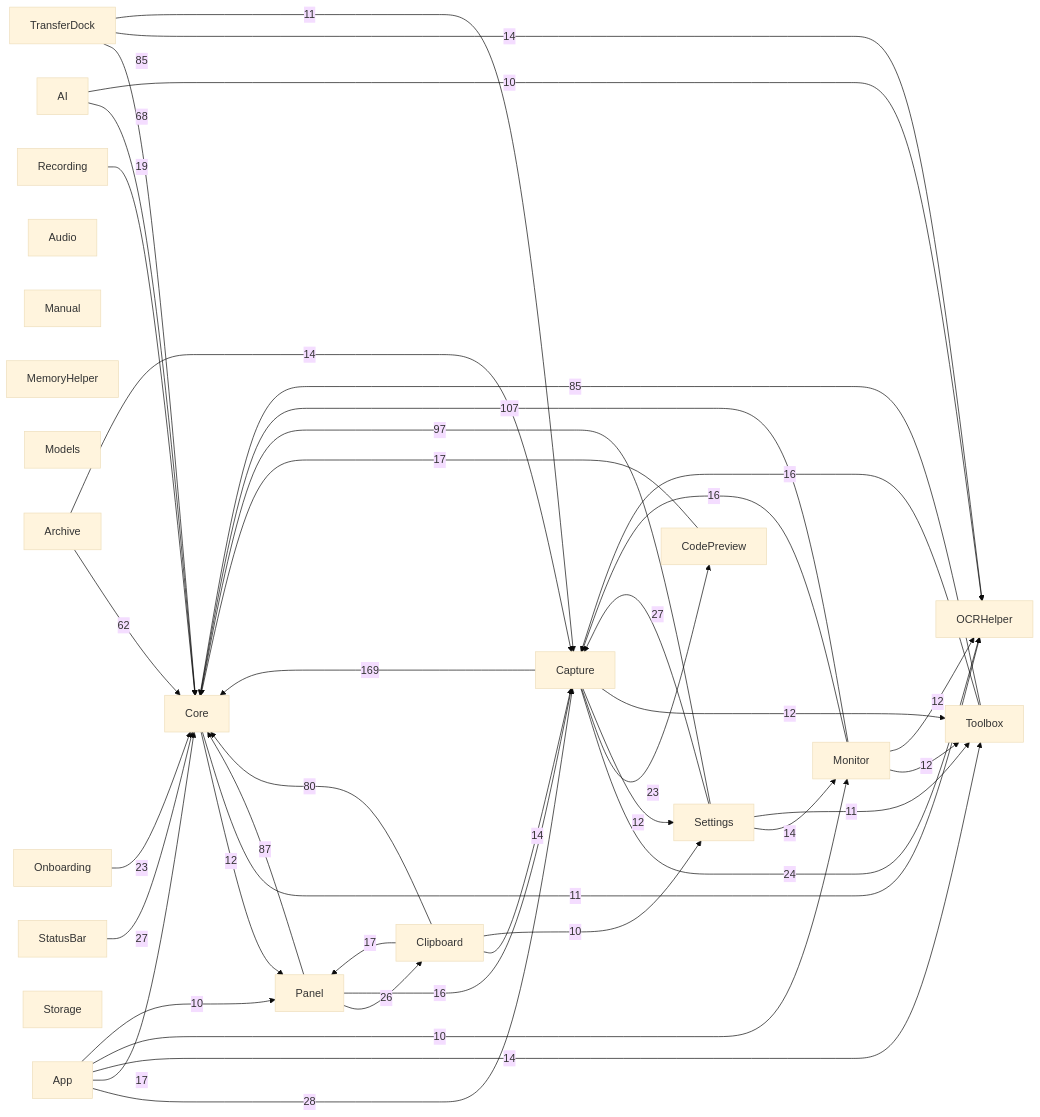
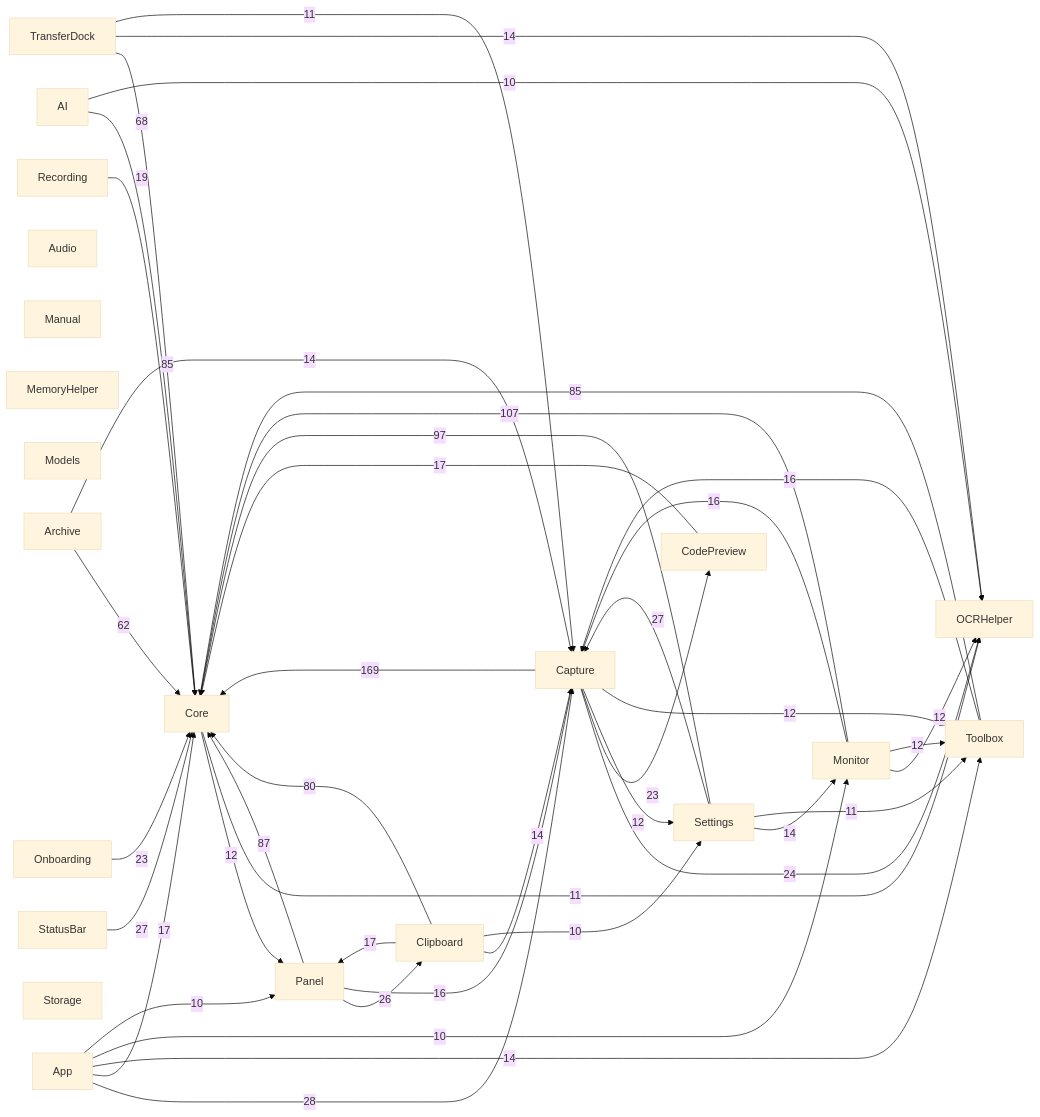
One commit to sxyq/Kitnest changed the diagram in docs/00-总览/模块依赖图.md. Above: the diagram before and after it, drawn with Mermaid (base theme). The commit also changed other lines of this file and 6 other files, not shown here.

````diff
--- a/docs/00-总览/模块依赖图.md
+++ b/docs/00-总览/模块依赖图.md
@@ -35,64 +35,64 @@
 ```mermaid
 flowchart LR
   M0["AI"]
   M1["App"]
   M2["Archive"]
   M3["Audio"]
   M4["Capture"]
   M5["Clipboard"]
   M6["CodePreview"]
   M7["Core"]
   M8["Manual"]
   M9["MemoryHelper"]
   M10["Models"]
   M11["Monitor"]
   M12["OCRHelper"]
   M13["Onboarding"]
   M14["Panel"]
   M15["Recording"]
   M16["Settings"]
   M17["StatusBar"]
   M18["Storage"]
   M19["Toolbox"]
   M20["TransferDock"]
   M4 -->|169| M7
   M11 -->|107| M7
   M16 -->|97| M7
   M14 -->|87| M7
   M19 -->|85| M7
   M20 -->|85| M7
   M5 -->|80| M7
   M0 -->|68| M7
   M2 -->|62| M7
   M1 -->|28| M4
   M16 -->|27| M4
   M17 -->|27| M7
   M14 -->|26| M5
   M4 -->|24| M12
   M4 -->|23| M6
   M13 -->|23| M7
   M15 -->|19| M7
   M1 -->|17| M7
   M6 -->|17| M7
   M5 -->|17| M14
   M11 -->|16| M4
   M14 -->|16| M4
   M19 -->|16| M4
   M1 -->|14| M19
   M16 -->|14| M11
   M2 -->|14| M4
   M20 -->|14| M12
   M5 -->|14| M4
   M7 -->|12| M14
   M4 -->|12| M16
   M4 -->|12| M19
+  M11 -->|12| M12
   M11 -->|12| M19
-  M11 -->|12| M12
   M7 -->|11| M12
   M16 -->|11| M19
   M20 -->|11| M4
   M1 -->|10| M11
   M1 -->|10| M14
   M0 -->|10| M12
   M5 -->|10| M16
 ```
````
